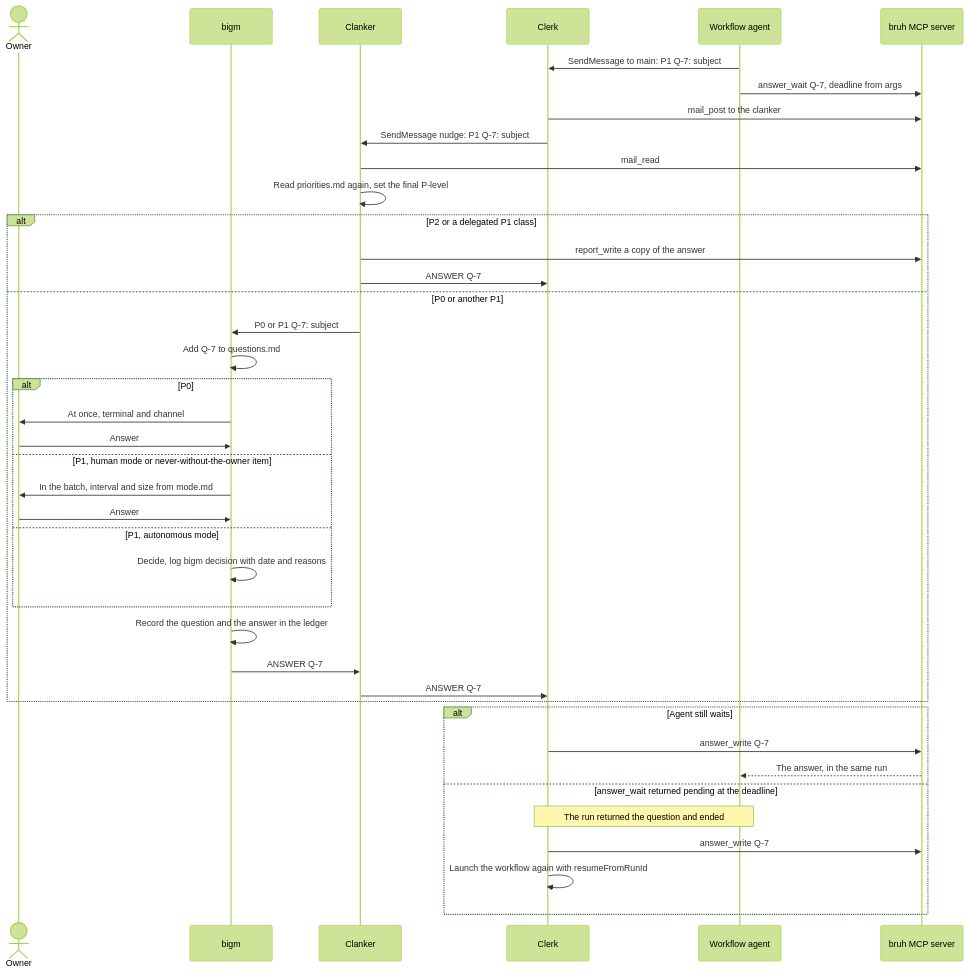
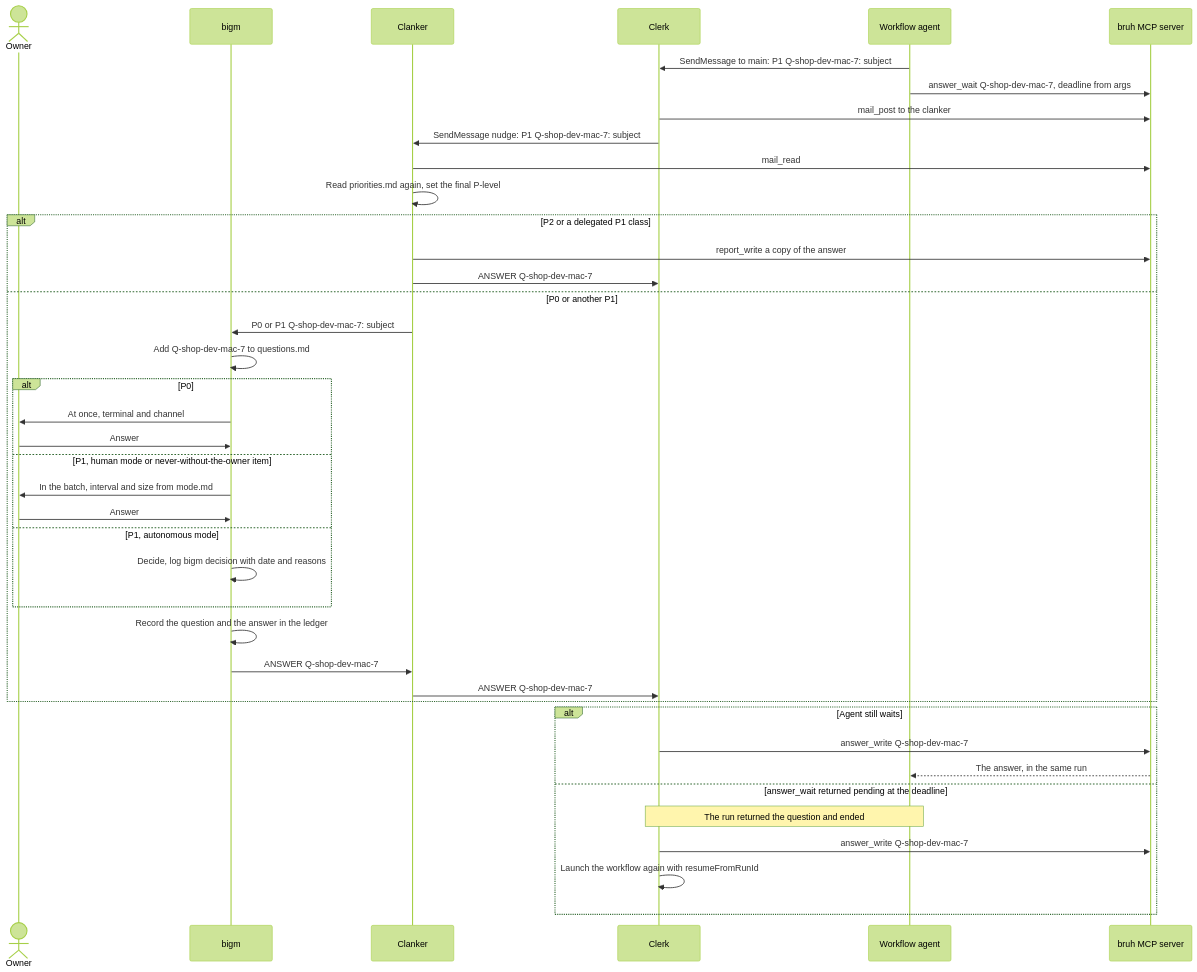
Before and after one commit to oter/bruh: the third of 7 diagrams in docs/flow.md, drawn with Mermaid (forest theme). The commit also changed other lines of this file and 4 other files, not shown here.

````diff
--- a/docs/flow.md
+++ b/docs/flow.md
@@ -116,42 +116,42 @@
 ```mermaid
 sequenceDiagram
     actor Owner
     participant bigm
     participant Clanker
     participant Clerk
     participant Agent as Workflow agent
     participant MCP as bruh MCP server
-    Agent->>Clerk: SendMessage to main: P1 Q-7: subject
-    Agent->>MCP: answer_wait Q-7, deadline from args
+    Agent->>Clerk: SendMessage to main: P1 Q-shop-dev-mac-7: subject
+    Agent->>MCP: answer_wait Q-shop-dev-mac-7, deadline from args
     Clerk->>MCP: mail_post to the clanker
-    Clerk->>Clanker: SendMessage nudge: P1 Q-7: subject
+    Clerk->>Clanker: SendMessage nudge: P1 Q-shop-dev-mac-7: subject
     Clanker->>MCP: mail_read
     Clanker->>Clanker: Read priorities.md again, set the final P-level
     alt P2 or a delegated P1 class
         Clanker->>MCP: report_write a copy of the answer
-        Clanker->>Clerk: ANSWER Q-7
+        Clanker->>Clerk: ANSWER Q-shop-dev-mac-7
     else P0 or another P1
-        Clanker->>bigm: P0 or P1 Q-7: subject
-        bigm->>bigm: Add Q-7 to questions.md
+        Clanker->>bigm: P0 or P1 Q-shop-dev-mac-7: subject
+        bigm->>bigm: Add Q-shop-dev-mac-7 to questions.md
         alt P0
             bigm->>Owner: At once, terminal and channel
             Owner->>bigm: Answer
         else P1, human mode or never-without-the-owner item
             bigm->>Owner: In the batch, interval and size from mode.md
             Owner->>bigm: Answer
         else P1, autonomous mode
             bigm->>bigm: Decide, log bigm decision with date and reasons
         end
         bigm->>bigm: Record the question and the answer in the ledger
-        bigm->>Clanker: ANSWER Q-7
-        Clanker->>Clerk: ANSWER Q-7
+        bigm->>Clanker: ANSWER Q-shop-dev-mac-7
+        Clanker->>Clerk: ANSWER Q-shop-dev-mac-7
     end
     alt Agent still waits
-        Clerk->>MCP: answer_write Q-7
+        Clerk->>MCP: answer_write Q-shop-dev-mac-7
         MCP-->>Agent: The answer, in the same run
     else answer_wait returned pending at the deadline
         Note over Agent,Clerk: The run returned the question and ended
-        Clerk->>MCP: answer_write Q-7
+        Clerk->>MCP: answer_write Q-shop-dev-mac-7
         Clerk->>Clerk: Launch the workflow again with resumeFromRunId
     end
 ```
````
